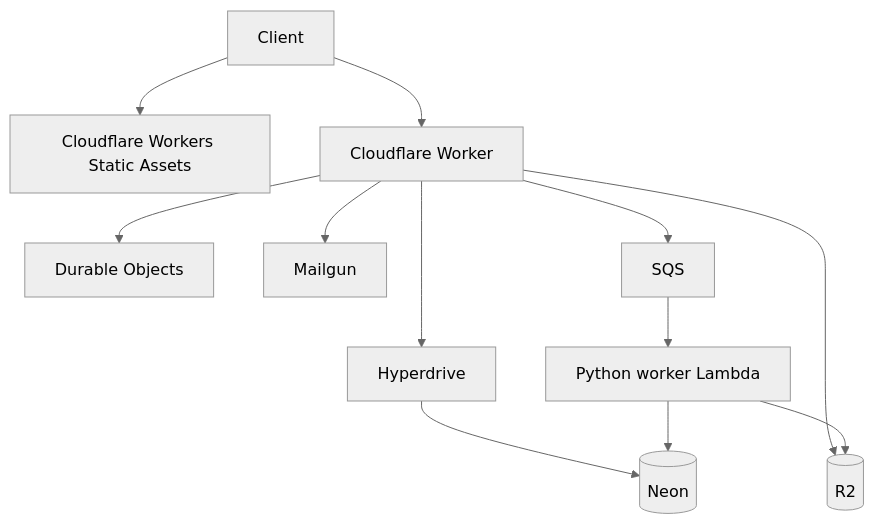
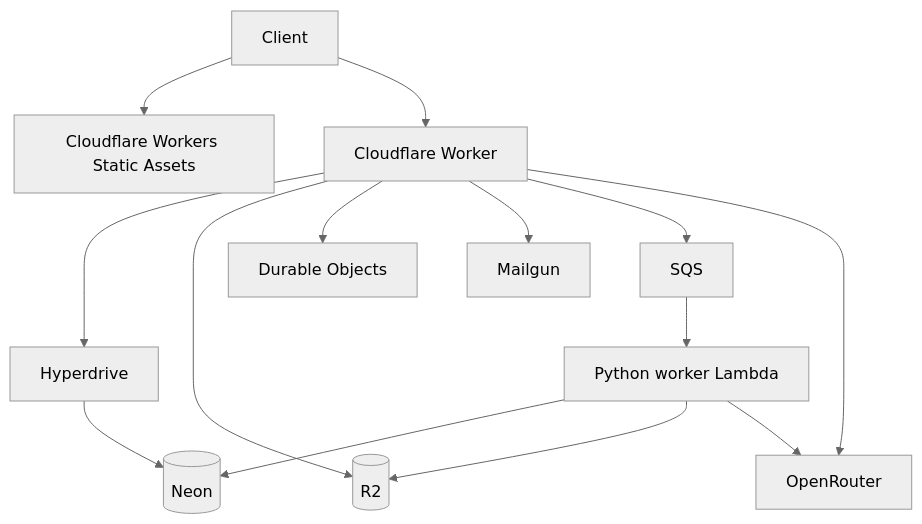
The second of 2 diagrams in apps/docs/i18n/ja/docusaurus-plugin-content-docs/current/design/deployment-diagram.md (yukiharada1228/videoq), drawn with Mermaid (neutral theme) before and after one commit. The commit also changed other lines of this file and 72 other files, not shown here.

````diff
--- a/apps/docs/i18n/ja/docusaurus-plugin-content-docs/current/design/deployment-diagram.md
+++ b/apps/docs/i18n/ja/docusaurus-plugin-content-docs/current/design/deployment-diagram.md
@@ -28,13 +28,15 @@
 ```mermaid
 flowchart TB
     Client --> Web[Cloudflare Workers Static Assets]
     Client --> API[Cloudflare Worker]
     API --> HD[Hyperdrive] --> Neon[(Neon)]
     API --> R2[(R2)]
     API --> DO[Durable Objects]
     API --> Mailgun[Mailgun]
     API --> SQS[SQS]
     SQS --> Lambda[Python worker Lambda]
     Lambda --> Neon
     Lambda --> R2
+    API --> AI[OpenRouter]
+    Lambda --> AI
 ```
````
